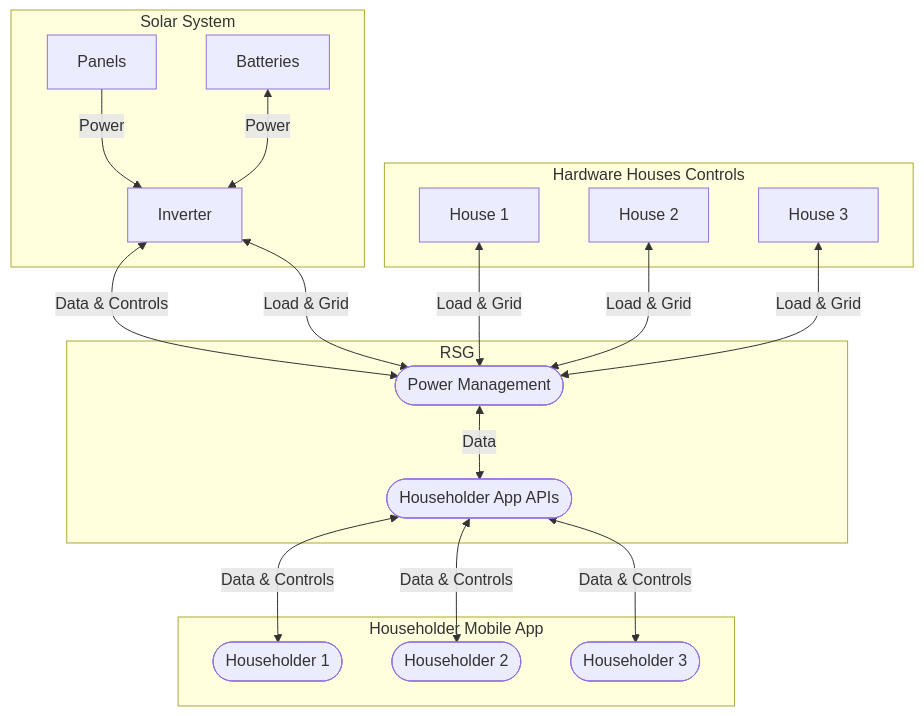
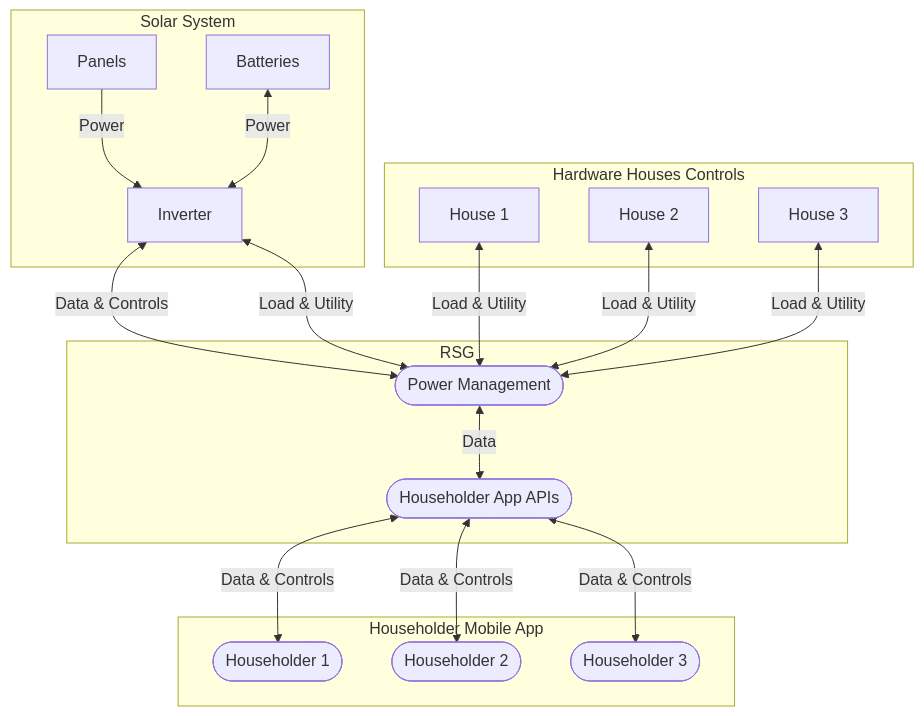
One commit to ezAldinWaez/residential-smart-grid-prototype changed the diagram in graphs/rsg_system_graph.mermaid. Above: the diagram before and after it, drawn with Mermaid. The commit also changed 14 other files, not shown here.

Commit message:
Implement load and utility in solar system sim; fix bugs; rename gird to utility

```diff
--- a/graphs/rsg_system_graph.mermaid
+++ b/graphs/rsg_system_graph.mermaid
@@ -1,34 +1,34 @@
 graph TB
   subgraph SS[Solar System]
     SS_P[Panels]
     SS_B[Batteries]
     SS_I[Inverter]
   end
 
   subgraph HHS[Hardware Houses Controls]
     HHS_H1[House 1]
     HHS_H2[House 2]
     HHS_H3[House 3]
   end
 
   subgraph RSG[RSG]
     RSG_PM([Power Management])
     RSG_HAA([Householder App APIs])
   end
 
   subgraph HMA[Householder Mobile App]
     HMA_H1([Householder 1])
     HMA_H2([Householder 2])
     HMA_H3([Householder 3])
   end
 
   SS_P --Power--> SS_I
   SS_B <--Power--> SS_I
 
   SS_I <--Data & Controls--> RSG_PM
-  SS_I <--Load & Grid--> RSG_PM
+  SS_I <--Load & Utility--> RSG_PM
 
-  HHS_H1 & HHS_H2 & HHS_H3 <--Load & Grid--> RSG_PM
+  HHS_H1 & HHS_H2 & HHS_H3 <--Load & Utility--> RSG_PM
 
   RSG_PM <--Data--> RSG_HAA
   RSG_HAA <--Data & Controls--> HMA_H1 & HMA_H2 & HMA_H3
```
